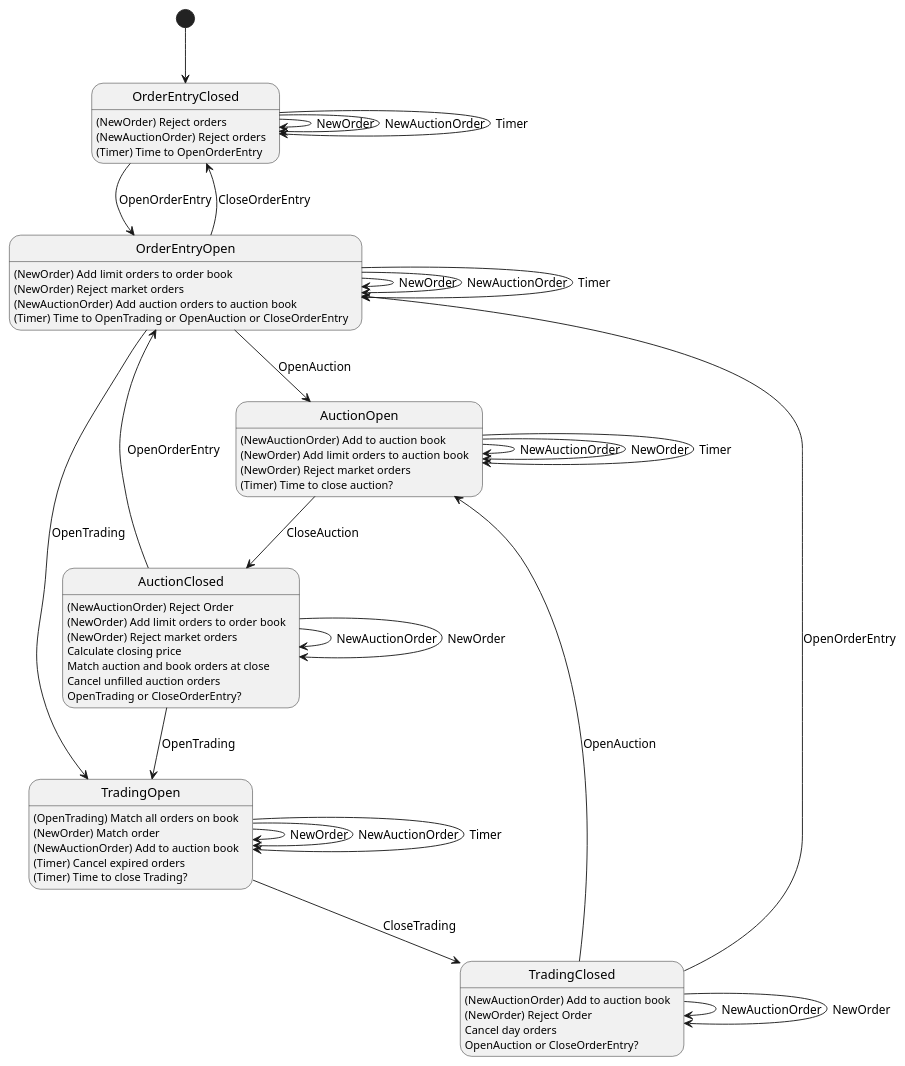
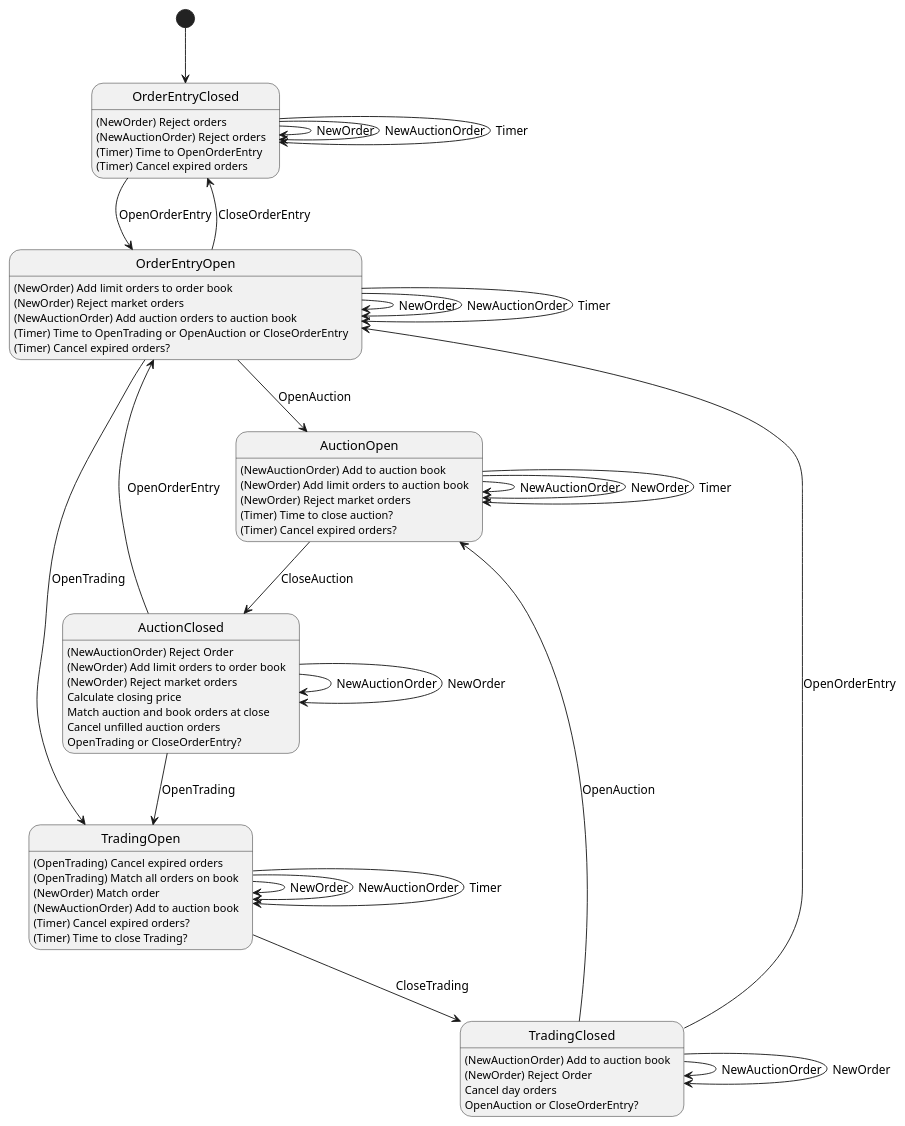
The diagram in doc/OrderBook State.puml (systematicmethods/orderbook), drawn with PlantUML before and after one commit. The commit also changed 19 other files, not shown here.

```diff
--- a/doc/OrderBook State.puml
+++ b/doc/OrderBook State.puml
@@ -1,63 +1,66 @@
 @startuml
 [*] --> OrderEntryClosed
 OrderEntryClosed --> OrderEntryOpen : OpenOrderEntry
 OrderEntryClosed --> OrderEntryClosed: NewOrder
 OrderEntryClosed --> OrderEntryClosed: NewAuctionOrder
 OrderEntryClosed --> OrderEntryClosed: Timer
 OrderEntryClosed: (NewOrder) Reject orders
 OrderEntryClosed: (NewAuctionOrder) Reject orders
 OrderEntryClosed: (Timer) Time to OpenOrderEntry
-
+OrderEntryClosed: (Timer) Cancel expired orders
 
 OrderEntryOpen --> TradingOpen: OpenTrading
 OrderEntryOpen --> AuctionOpen: OpenAuction
 OrderEntryOpen --> OrderEntryClosed: CloseOrderEntry
 OrderEntryOpen --> OrderEntryOpen: NewOrder
 OrderEntryOpen --> OrderEntryOpen: NewAuctionOrder
 OrderEntryOpen --> OrderEntryOpen: Timer
 OrderEntryOpen: (NewOrder) Add limit orders to order book
 OrderEntryOpen: (NewOrder) Reject market orders
 OrderEntryOpen: (NewAuctionOrder) Add auction orders to auction book
 OrderEntryOpen: (Timer) Time to OpenTrading or OpenAuction or CloseOrderEntry
+OrderEntryOpen: (Timer) Cancel expired orders?
 
 TradingOpen --> TradingOpen: NewOrder
 TradingOpen --> TradingOpen: NewAuctionOrder
 TradingOpen --> TradingOpen: Timer
 TradingOpen --> TradingClosed: CloseTrading
+TradingOpen: (OpenTrading) Cancel expired orders
 TradingOpen: (OpenTrading) Match all orders on book
 TradingOpen: (NewOrder) Match order
 TradingOpen: (NewAuctionOrder) Add to auction book
-TradingOpen: (Timer) Cancel expired orders
+TradingOpen: (Timer) Cancel expired orders?
 TradingOpen: (Timer) Time to close Trading?
 
 AuctionOpen --> AuctionClosed: CloseAuction
 AuctionOpen --> AuctionOpen: NewAuctionOrder
 AuctionOpen --> AuctionOpen: NewOrder
 AuctionOpen --> AuctionOpen: Timer
 AuctionOpen: (NewAuctionOrder) Add to auction book
 AuctionOpen: (NewOrder) Add limit orders to auction book
 AuctionOpen: (NewOrder) Reject market orders
 AuctionOpen: (Timer) Time to close auction?
+AuctionOpen: (Timer) Cancel expired orders?
 
 AuctionClosed --> OrderEntryOpen: OpenOrderEntry
 AuctionClosed --> TradingOpen: OpenTrading
 AuctionClosed --> AuctionClosed: NewAuctionOrder
 AuctionClosed --> AuctionClosed: NewOrder
 AuctionClosed: (NewAuctionOrder) Reject Order
 AuctionClosed: (NewOrder) Add limit orders to order book
 AuctionClosed: (NewOrder) Reject market orders
 AuctionClosed: Calculate closing price
 AuctionClosed: Match auction and book orders at close
 AuctionClosed: Cancel unfilled auction orders
 AuctionClosed: OpenTrading or CloseOrderEntry?
 
 TradingClosed --> OrderEntryOpen: OpenOrderEntry
 TradingClosed --> AuctionOpen: OpenAuction
 TradingClosed --> TradingClosed: NewAuctionOrder
 TradingClosed --> TradingClosed: NewOrder
 TradingClosed: (NewAuctionOrder) Add to auction book
 TradingClosed: (NewOrder) Reject Order
 TradingClosed: Cancel day orders
 TradingClosed: OpenAuction or CloseOrderEntry?
 
 @enduml
```
